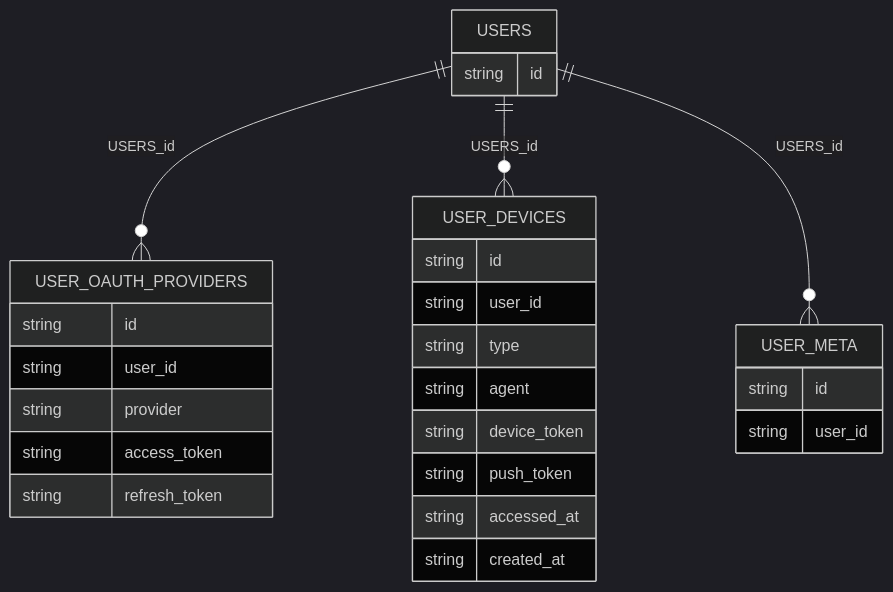
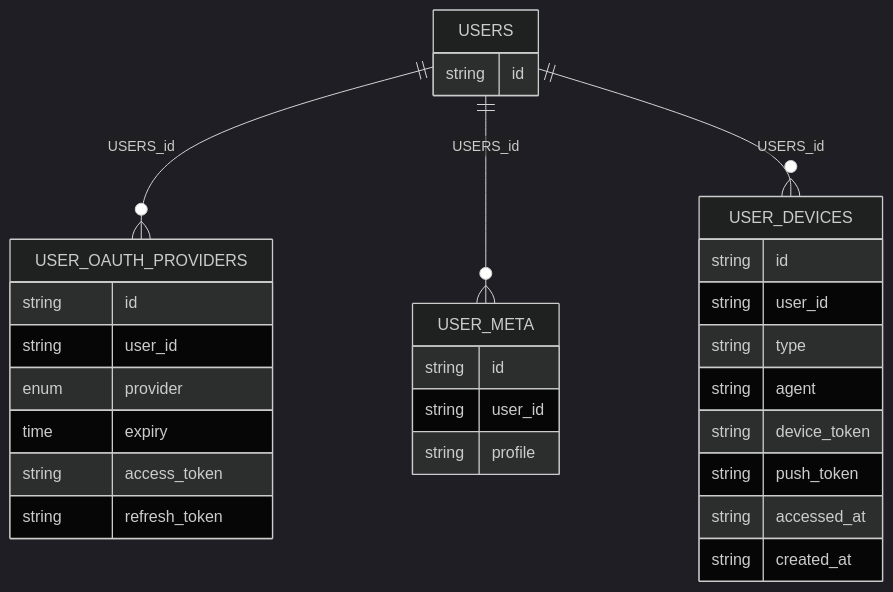
Before and after one commit to sundaytycoon/buttons-api: the first of 3 diagrams in UMLs.md, drawn with Mermaid (dark theme). The commit also changed 4 other files, not shown here.

````diff
--- a/UMLs.md
+++ b/UMLs.md
@@ -3,30 +3,32 @@
 ```mermaid
 erDiagram
     USER_OAUTH_PROVIDERS {
         string id
         string user_id
-        string provider
+        enum provider
+        time expiry
         string access_token
         string refresh_token
    }
     USERS ||--o{ USER_OAUTH_PROVIDERS : USERS_id
     USERS {
         string id
+    }
+    USERS ||--o{ USER_META : USERS_id
+    USER_META {
+        string id
+        string user_id
+        string profile
     }
     USERS ||--o{ USER_DEVICES : USERS_id
     USER_DEVICES {
         string id
         string user_id
         string type
         string agent
         string device_token
         string push_token
         string accessed_at
         string created_at
     }
-    USERS ||--o{ USER_META : USERS_id
-    USER_META {
-        string id
-        string user_id
-    }
 ```
````
